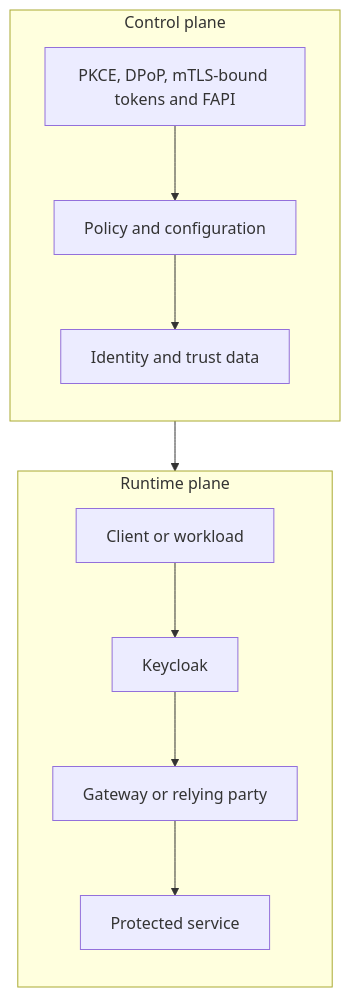
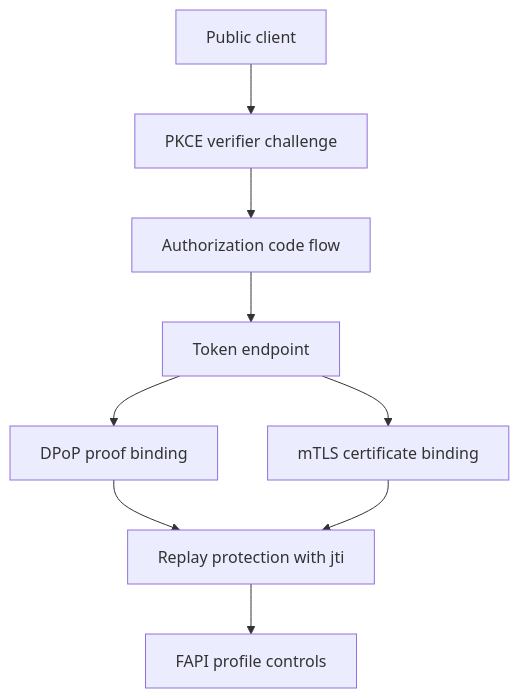
Diagram 15 of 36 in KeyCloack Reference Book.md (jeanflorentine/IAM-KeyCloack-Lab), drawn with Mermaid before and after one commit. The commit also changed other lines of this file, not shown here.

Commit message:
Revise chapter structure diagrams and chapter 31 interview bank

````diff
--- a/KeyCloack Reference Book.md
+++ b/KeyCloack Reference Book.md
@@ -1631,24 +1529,11 @@
 ```mermaid
 flowchart TB
-    subgraph CP[Control plane]
-        direction TB
-        A[PKCE, DPoP, mTLS-bound tokens and FAPI]
-        B[Policy and configuration]
-        C[Identity and trust data]
-        A --> B
-        B --> C
-    end
-
-    subgraph RP[Runtime plane]
-        direction TB
-        D[Client or workload]
-        E[Keycloak]
-        F[Gateway or relying party]
-        G[Protected service]
-        D --> E
-        E --> F
-        F --> G
-    end
-
-    CP --> RP
+    PublicClient[Public client] --> PKCE[PKCE verifier challenge]
+    PKCE --> AuthCode[Authorization code flow]
+    AuthCode --> Token[Token endpoint]
+    Token --> DPoP[DPoP proof binding]
+    Token --> MTLS[mTLS certificate binding]
+    DPoP --> API[Replay protection with jti]
+    MTLS --> API
+    API --> FAPI[FAPI profile controls]
 ```
````
